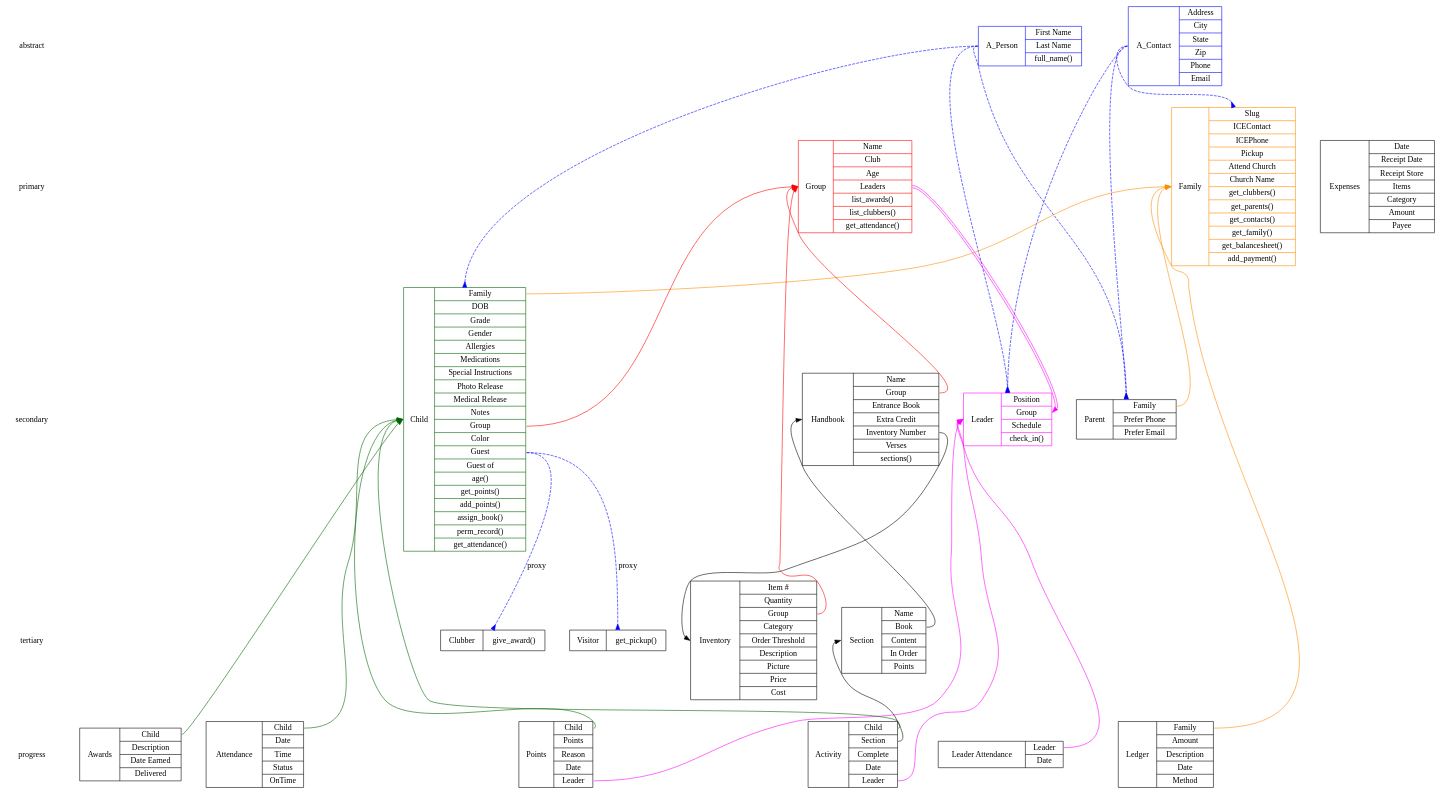
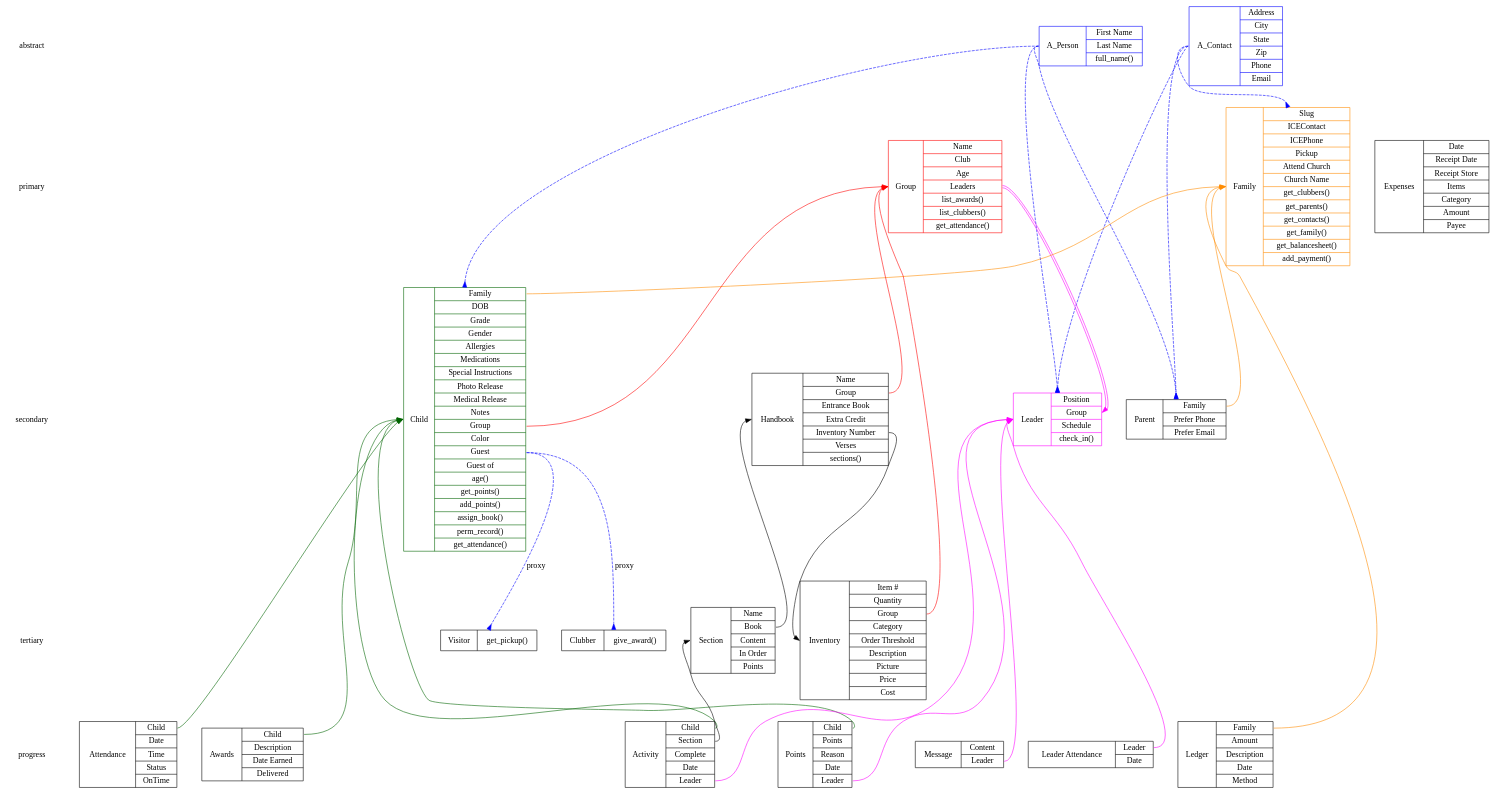
The diagram in datamodel.dot (fbcp-awanas/website), drawn with Graphviz before and after one commit.

Commit message:
Added message object

```diff
--- a/datamodel.dot
+++ b/datamodel.dot
@@ -17,7 +17,7 @@
     { rank=same; primary; family; expenses; group; };
     { rank=same; secondary; child; parent; handbook; leader;};
     { rank=same; tertiary; visitor; clubber; section; inv; };
-    { rank=same; progress; ledger; points; attendance; l_attendance; award; activity; };
+    { rank=same; progress; ledger; points; attendance; l_attendance; award; activity; message};
 }
 
 //Abstract Models
@@ -141,6 +141,8 @@
                                    Category|
                                    Amount|
                                    Payee}"];
+    message [label="<id>Message|{Content|
+                                 <leader>Leader}"]
 }
 
 
@@ -190,6 +192,7 @@
     points:leader:e -> leader:id:w
     l_attendance:leader:e -> leader:id:w
     activity:leader:e -> leader:id:w
+    message:leader:e -> leader:id:w
     "group":leader:e -> leader:group:e [color="magenta:invis:magenta"]
 }
 
```
